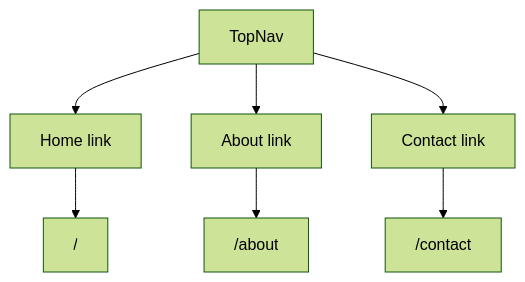
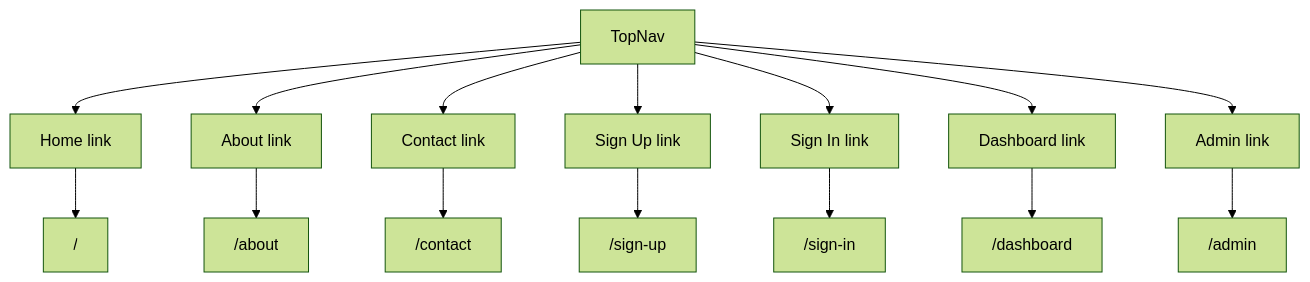
One commit to matthewlovestocode/designated changed the diagram in docs/web/components/top-nav.md. Above: the diagram before and after it, drawn with Mermaid (forest theme). The commit also changed other lines of this file and 9 other files, not shown here.

````diff
--- a/docs/web/components/top-nav.md
+++ b/docs/web/components/top-nav.md
@@ -85,9 +120,17 @@
 ```mermaid
 flowchart TD
     A["TopNav"] --> B["Home link"]
     A --> C["About link"]
     A --> D["Contact link"]
-    B --> E["/"]
-    C --> F["/about"]
-    D --> G["/contact"]
+    A --> E["Sign Up link"]
+    A --> F["Sign In link"]
+    A --> G["Dashboard link"]
+    A --> H["Admin link"]
+    B --> I["/"]
+    C --> J["/about"]
+    D --> K["/contact"]
+    E --> L["/sign-up"]
+    F --> M["/sign-in"]
+    G --> N["/dashboard"]
+    H --> O["/admin"]
 ```
````
